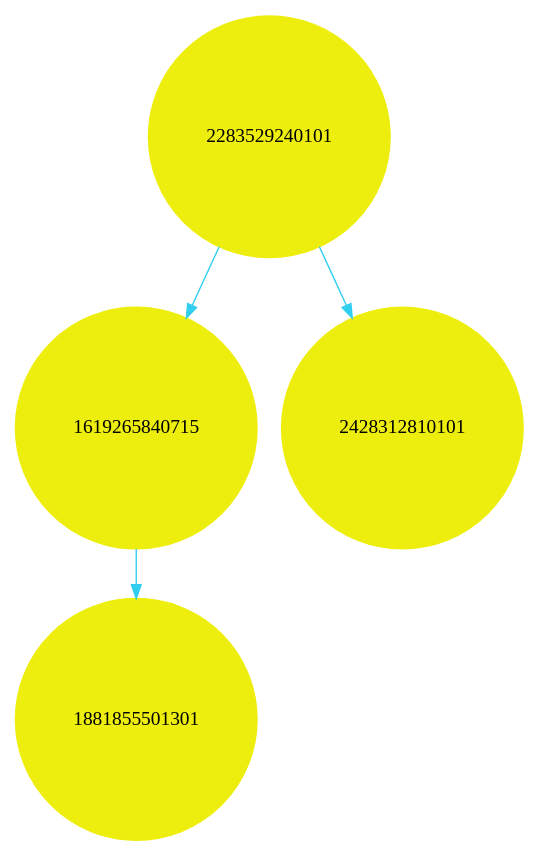
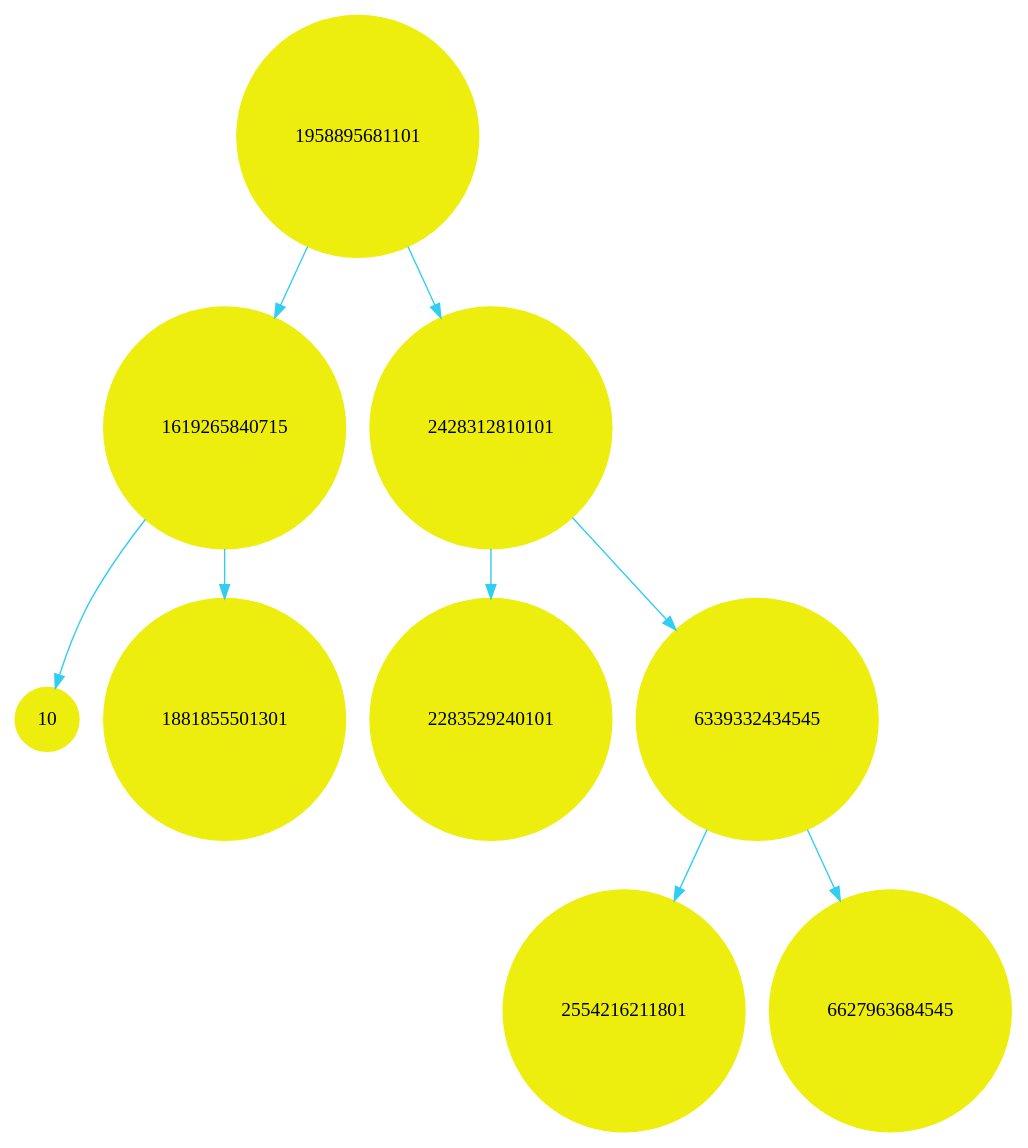
One commit to drap125/ProyectoFinal_Covid19 changed the diagram in archivoAVL.dot. Above: the diagram before and after it, drawn with Graphviz. The commit also changed 9 other files, not shown here.

```diff
--- a/archivoAVL.dot
+++ b/archivoAVL.dot
@@ -1,8 +1,13 @@
 digraph G {
      node [shape = circle, style = filled, fillcolor = "#EEEEE", color = "#EEEEE", width = 0.5, height = 0.5];
      edge [color = "#31CEF0"];
 
-2283529240101 -> 1619265840715;
+1958895681101 -> 1619265840715;
+1619265840715 -> 10;
 1619265840715 -> 1881855501301;
-2283529240101 -> 2428312810101;
+1958895681101 -> 2428312810101;
+2428312810101 -> 2283529240101;
+2428312810101 -> 6339332434545;
+6339332434545 -> 2554216211801;
+6339332434545 -> 6627963684545;
 }
```
